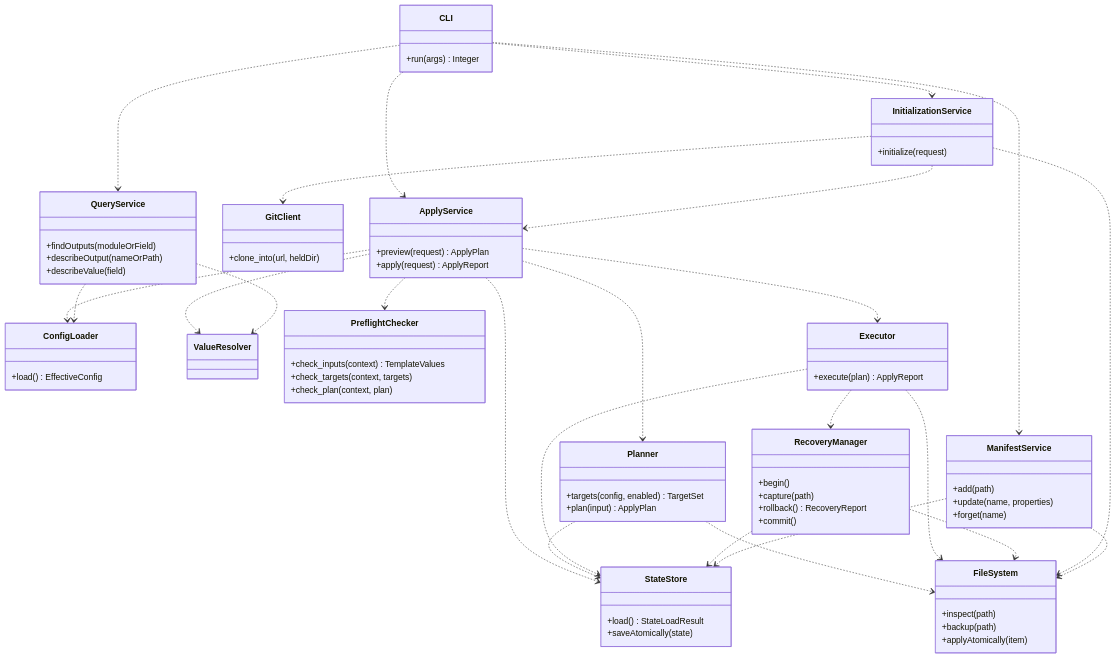
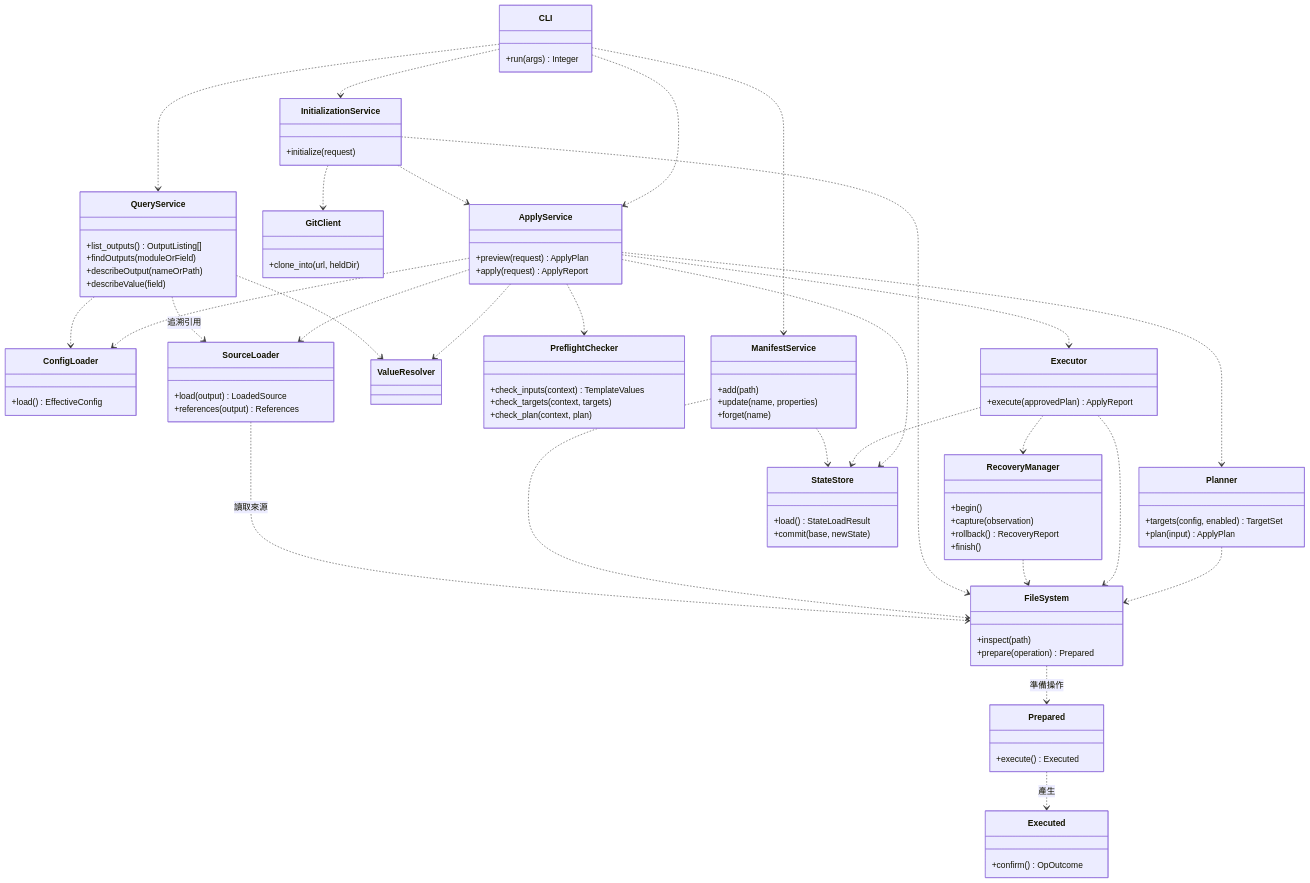
Before and after one commit to accidental-two-timer-sam-woof/rosamta-waterfall: the fourth of 10 diagrams in docs/03-preliminary-design/uml.md, drawn with Mermaid. The commit also changed other lines of this file, not shown here.

Commit message:
docs(uml): align preliminary design flows

````diff
--- a/docs/03-preliminary-design/uml.md
+++ b/docs/03-preliminary-design/uml.md
@@ -277,6 +282,10 @@
     class ConfigLoader {
         +load() EffectiveConfig
     }
+    class SourceLoader {
+        +load(output) LoadedSource
+        +references(output) References
+    }
     class ValueResolver
     class Planner {
         +targets(config, enabled) TargetSet
@@ -288,22 +297,27 @@
         +check_plan(context, plan)
     }
     class Executor {
-        +execute(plan) ApplyReport
+        +execute(approvedPlan) ApplyReport
     }
     class RecoveryManager {
         +begin()
-        +capture(path)
+        +capture(observation)
         +rollback() RecoveryReport
-        +commit()
+        +finish()
     }
     class StateStore {
         +load() StateLoadResult
-        +saveAtomically(state)
+        +commit(base, newState)
     }
     class FileSystem {
         +inspect(path)
-        +backup(path)
-        +applyAtomically(item)
+        +prepare(operation) Prepared
+    }
+    class Prepared {
+        +execute() Executed
+    }
+    class Executed {
+        +confirm() OpOutcome
     }
     class InitializationService {
         +initialize(request)
@@ -317,6 +331,7 @@
         +forget(name)
     }
     class QueryService {
+        +list_outputs() OutputListing[]
         +findOutputs(moduleOrField)
         +describeOutput(nameOrPath)
         +describeValue(field)
@@ -326,23 +341,26 @@
     CLI ..> ManifestService
     CLI ..> QueryService
     ApplyService ..> ConfigLoader
+    ApplyService ..> SourceLoader
     ApplyService ..> ValueResolver
     ApplyService ..> Planner
     ApplyService ..> PreflightChecker
     ApplyService ..> Executor
     ApplyService ..> StateStore
     Planner ..> FileSystem
-    Planner ..> StateStore
     Executor ..> FileSystem
     Executor ..> RecoveryManager
     Executor ..> StateStore
     RecoveryManager ..> FileSystem
-    RecoveryManager ..> StateStore
+    FileSystem ..> Prepared : 準備操作
+    Prepared ..> Executed : 產生
     InitializationService ..> GitClient
     InitializationService ..> ApplyService
     InitializationService ..> FileSystem
     ManifestService ..> StateStore
     ManifestService ..> FileSystem
     QueryService ..> ConfigLoader
+    QueryService ..> SourceLoader : 追溯引用
     QueryService ..> ValueResolver
+    SourceLoader ..> FileSystem : 讀取來源
 ```
````
